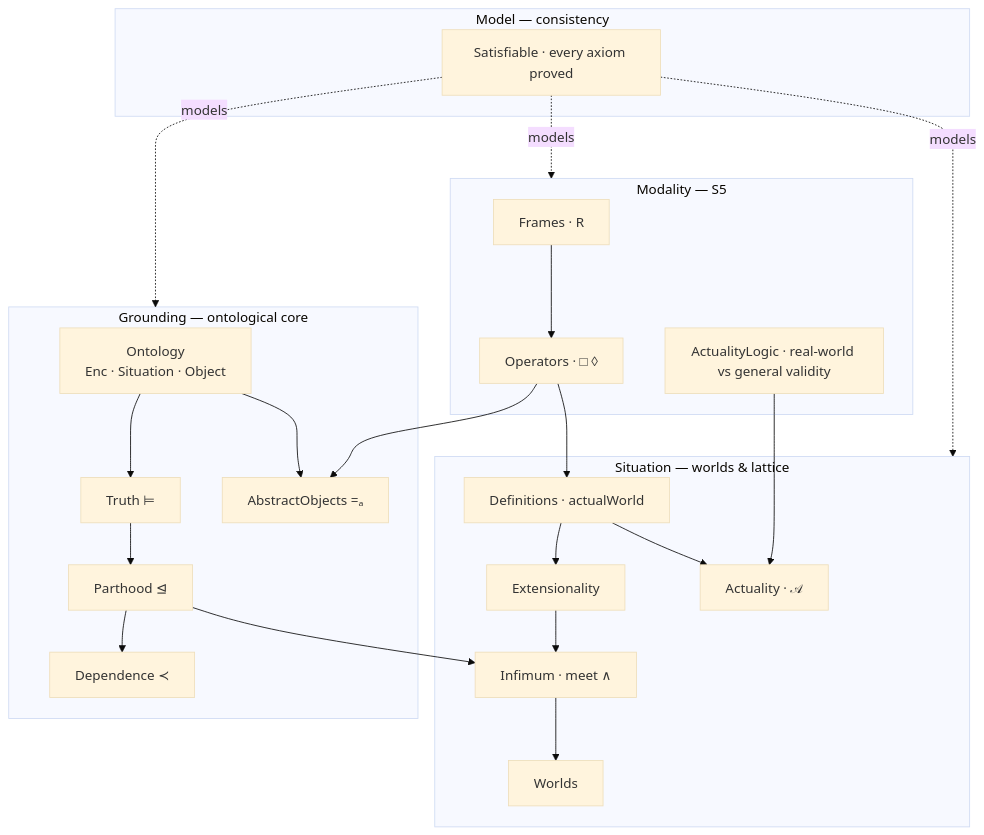
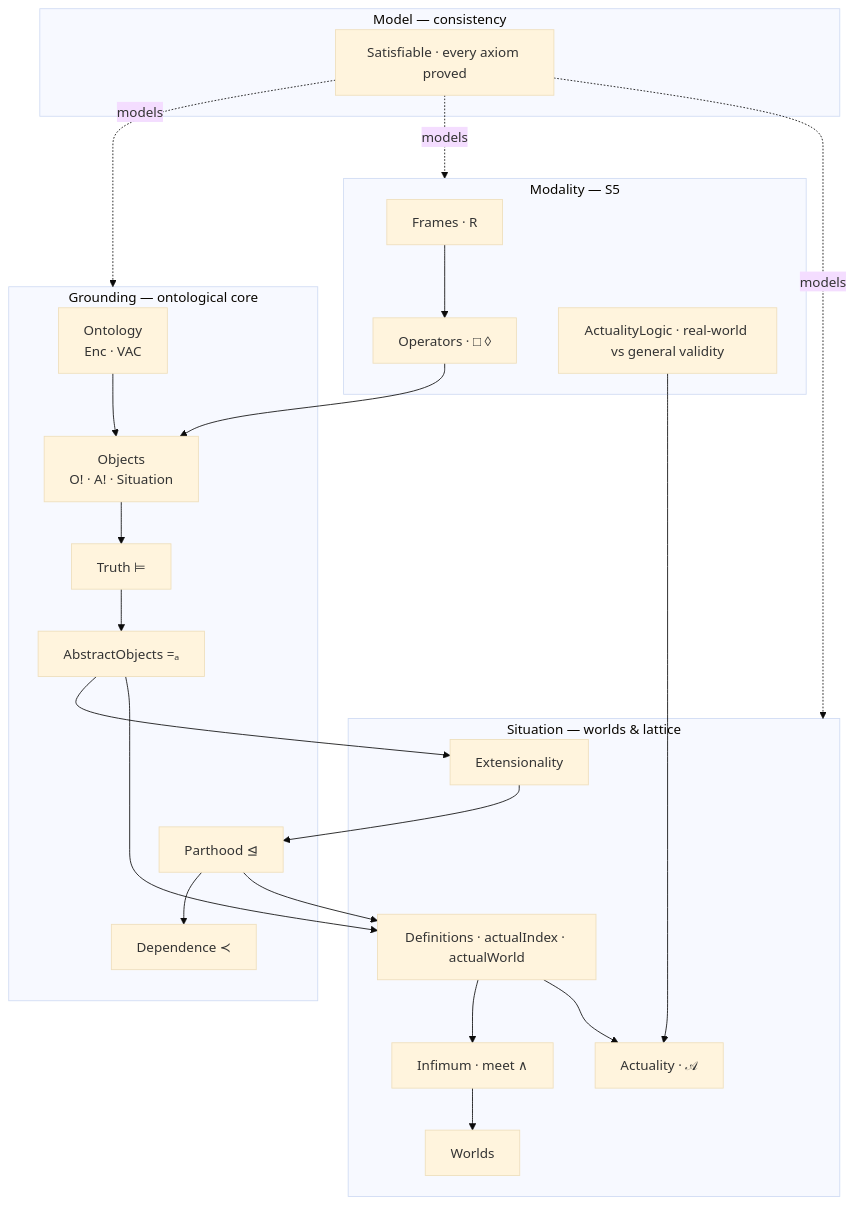
The first of 2 diagrams in README.md (HanielUlises/Possible-World-Semantics), drawn with Mermaid (base theme) before and after one commit. The commit also changed other lines of this file, not shown here.

First line of the commit message:
Document the definitions of situations and the actual world in README

````diff
--- a/README.md
+++ b/README.md
@@ -17,36 +17,36 @@
 ```mermaid
 flowchart TD
     subgraph G["Grounding — ontological core"]
-        Ont["Ontology<br/>Enc · Situation · Object"]
+        Ont["Ontology<br/>Enc · VAC"]
+        Obj["Objects<br/>O! · A! · Situation"]
         Tru["Truth ⊨"]
         Par["Parthood ⊴"]
         Dep["Dependence ≺"]
         Abs["AbstractObjects =ₐ"]
     end
     subgraph M["Modality — S5"]
         Fr["Frames · R"]
         Op["Operators · □ ◊"]
         AL["ActualityLogic · real-world vs general validity"]
     end
     subgraph S["Situation — worlds & lattice"]
-        Def["Definitions · actualWorld"]
+        Def["Definitions · actualIndex · actualWorld"]
         Ext["Extensionality"]
         Inf["Infimum · meet ∧"]
         Wld["Worlds"]
         Act["Actuality · 𝒜"]
     end
-    Ont --> Tru --> Par --> Dep
-    Ont --> Abs
-    Par --> Inf
     Fr --> Op
-    Op --> Abs
-    Op --> Def --> Ext --> Inf --> Wld
+    Ont --> Obj --> Tru --> Abs --> Ext --> Par --> Dep
+    Op --> Obj
+    Par --> Def
+    Abs --> Def --> Inf --> Wld
     Def --> Act
     AL --> Act
     subgraph X["Model — consistency"]
         Sat["Satisfiable · every axiom proved"]
     end
     Sat -. "models" .-> G
     Sat -. "models" .-> M
     Sat -. "models" .-> S
 ```
````
